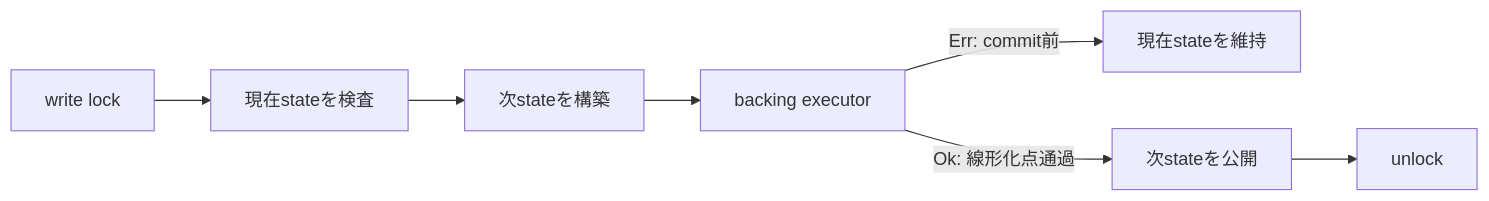
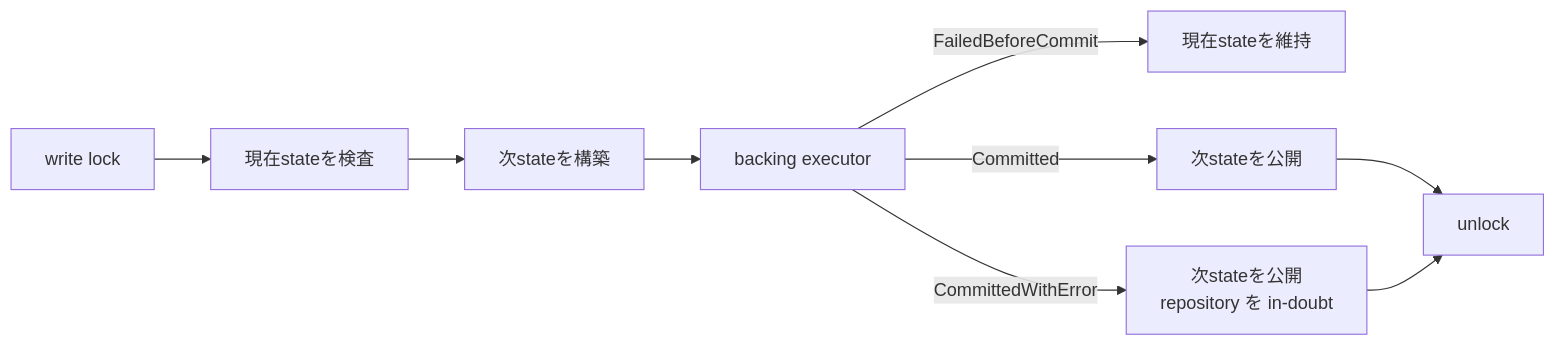
One commit to Aqua-218/SecCamp-AIAgent changed the second of 2 diagrams in docs/capfs/namespace-registry.md. Above: the diagram before and after it, drawn with Mermaid. The commit also changed other lines of this file, not shown here.

````diff
--- a/docs/capfs/namespace-registry.md
+++ b/docs/capfs/namespace-registry.md
@@ -94,9 +94,11 @@
 ```mermaid
 flowchart LR
     lock["write lock"] --> validate["現在stateを検査"]
     validate --> stage["次stateを構築"]
     stage --> execute["backing executor"]
-    execute -->|"Err: commit前"| unchanged["現在stateを維持"]
-    execute -->|"Ok: 線形化点通過"| publish["次stateを公開"]
+    execute -->|"FailedBeforeCommit"| unchanged["現在stateを維持"]
+    execute -->|"Committed"| publish["次stateを公開"]
+    execute -->|"CommittedWithError"| quarantine["次stateを公開<br/>repository を in-doubt"]
     publish --> unlock["unlock"]
+    quarantine --> unlock
 ```
````
